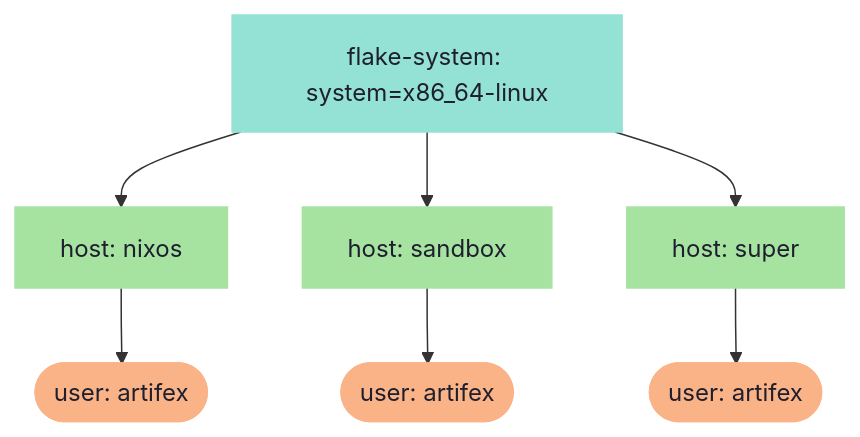
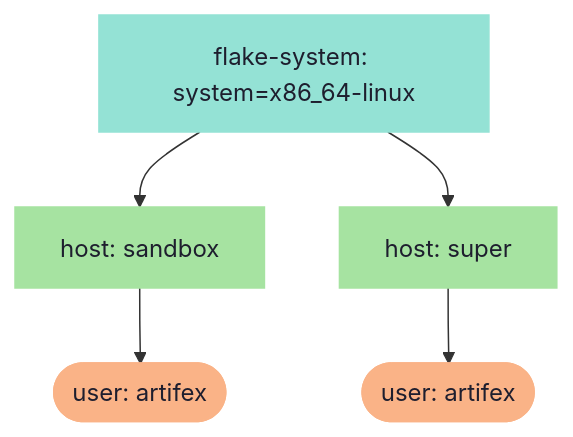
One commit to directormac/dotfiles changed the first of 4 diagrams in TOPOLOGY.md. Above: the diagram before and after it, drawn with Mermaid. The commit also changed other lines of this file and 18 other files, not shown here.

Commit message:
feat(hosts): retire legacy nixos host and migration docs

````diff
--- a/TOPOLOGY.md
+++ b/TOPOLOGY.md
@@ -14,25 +14,19 @@
 ```mermaid
 graph TD
-  host_nixos_system_x86_64_linux["host: nixos"]
-  host_nixos_system_x86_64_linux_user_artifex(["user: artifex"])
   host_sandbox_system_x86_64_linux["host: sandbox"]
   host_sandbox_system_x86_64_linux_user_artifex(["user: artifex"])
   host_super_system_x86_64_linux["host: super"]
   host_super_system_x86_64_linux_user_artifex(["user: artifex"])
   system_x86_64_linux["flake-system: system=x86_64-linux"]
 
-  system_x86_64_linux --> host_nixos_system_x86_64_linux
-  host_nixos_system_x86_64_linux --> host_nixos_system_x86_64_linux_user_artifex
   system_x86_64_linux --> host_sandbox_system_x86_64_linux
   host_sandbox_system_x86_64_linux --> host_sandbox_system_x86_64_linux_user_artifex
   system_x86_64_linux --> host_super_system_x86_64_linux
   host_super_system_x86_64_linux --> host_super_system_x86_64_linux_user_artifex
 
-  style host_nixos_system_x86_64_linux fill:#a6e3a1,stroke:#a6e3a1,color:#1e1e2e
-  style host_nixos_system_x86_64_linux_user_artifex fill:#fab387,stroke:#fab387,color:#1e1e2e
   style host_sandbox_system_x86_64_linux fill:#a6e3a1,stroke:#a6e3a1,color:#1e1e2e
   style host_sandbox_system_x86_64_linux_user_artifex fill:#fab387,stroke:#fab387,color:#1e1e2e
   style host_super_system_x86_64_linux fill:#a6e3a1,stroke:#a6e3a1,color:#1e1e2e
   style host_super_system_x86_64_linux_user_artifex fill:#fab387,stroke:#fab387,color:#1e1e2e
   style system_x86_64_linux fill:#94e2d5,stroke:#94e2d5,color:#1e1e2e
 ```
````
